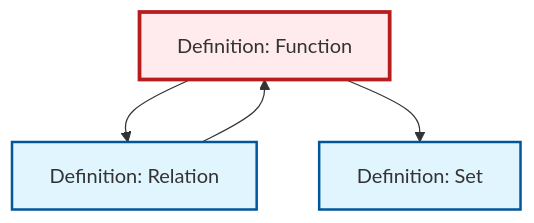
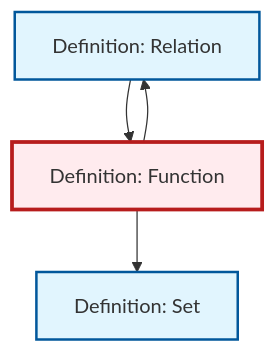
One commit to RK0429/ModernMath changed the diagram in content/en/logic-set-theory/def-function.qmd. Above: the diagram before and after it, drawn with Mermaid. The commit also changed other lines of this file and 654 other files, not shown here.

````diff
--- a/content/en/logic-set-theory/def-function.qmd
+++ b/content/en/logic-set-theory/def-function.qmd
@@ -74,18 +74,18 @@
 ```{mermaid}
 %%| fig-cap: "Local dependency graph"
 graph TD
     classDef definition fill:#e1f5fe,stroke:#01579b,stroke-width:2px
     classDef theorem fill:#f3e5f5,stroke:#4a148c,stroke-width:2px
     classDef axiom fill:#fff3e0,stroke:#e65100,stroke-width:2px
     classDef example fill:#e8f5e9,stroke:#1b5e20,stroke-width:2px
     classDef current fill:#ffebee,stroke:#b71c1c,stroke-width:3px
+    def-set["Definition: Set"]:::definition
+    def-relation["Definition: Relation"]:::definition
     def-function["Definition: Function"]:::definition
-    def-relation["Definition: Relation"]:::definition
-    def-set["Definition: Set"]:::definition
     def-relation --> def-function
+    def-function --> def-set
     def-function --> def-relation
-    def-function --> def-set
     class def-function current
+    click def-set "def-set.html" "Go to Set definition"
     click def-relation "def-relation.html" "Go to Relation definition"
-    click def-set "def-set.html" "Go to Set definition"
 ```
````
